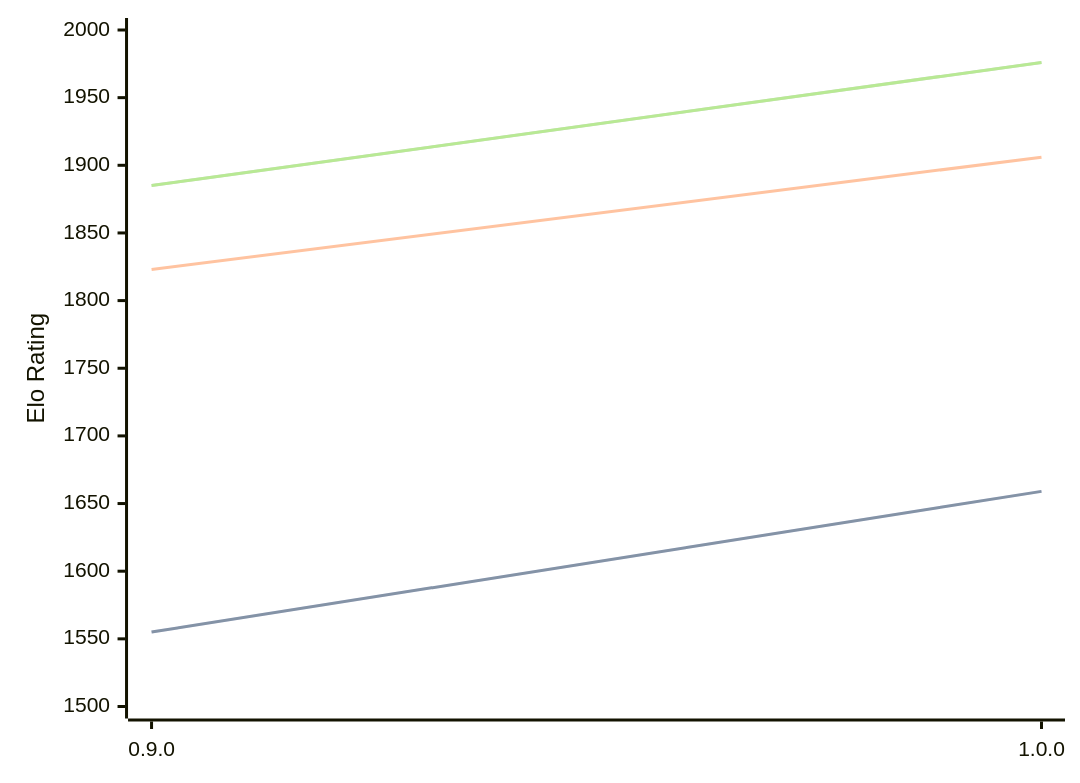
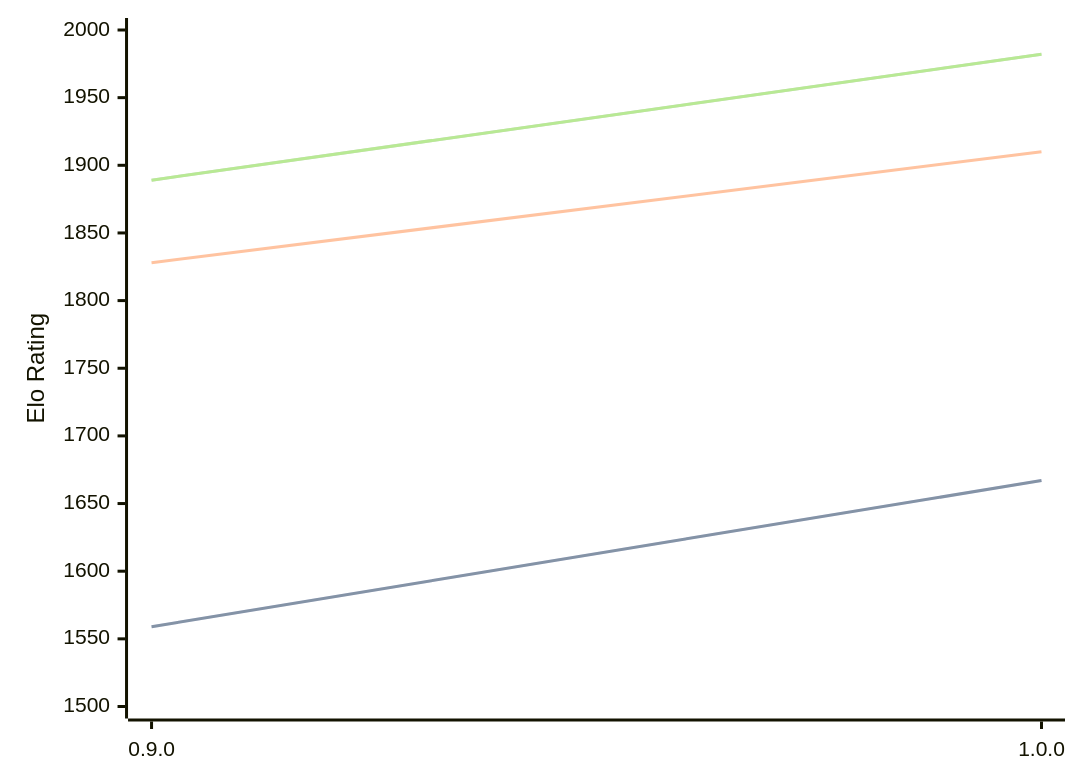
The diagram in engines/Ratsu.md (computer-chess-index/cci), drawn with Mermaid before and after one commit. The commit also changed other lines of this file, not shown here.

Commit message:
Update CCI Ratings (ELO VLTC) - 2026-04-18

````diff
--- a/engines/Ratsu.md
+++ b/engines/Ratsu.md
@@ -32,11 +32,11 @@
 ```mermaid
 %%{init: {"theme":"base","themeVariables":{"seriesColors:['#a3a3a3','#222221','#faa371']}}}%%
 xychart-beta
   x-axis ["0.9.0", "1.0.0"]
   y-axis "Elo Rating" 1500 --> 2000
-  line "STC (8.0+0.08s)" [1555, 1659]
-  line "STC (8.0+0.08s)" [1555, 1659]
-  line "LTC (60.0+0.60s)" [1823, 1906]
-  line "VLTC (2m24s+1.12s)" [1885, 1976]
-  line "VLTC (2m24s+1.12s)" [1885, 1976]
+  line "STC (8.0+0.08s)" [1559, 1667]
+  line "STC (8.0+0.08s)" [1559, 1667]
+  line "LTC (60.0+0.60s)" [1828, 1910]
+  line "VLTC (2m24s+1.12s)" [1889, 1982]
+  line "VLTC (2m24s+1.12s)" [1889, 1982]
 ```
````
